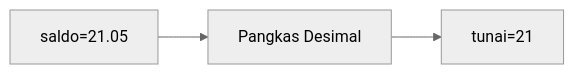
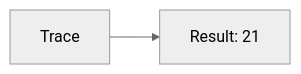
One commit to amnahwaida/OSNK_INF_PREP changed diagram 18 of 25 in part-c-pemahaman-cpp/01-tipe-data/latihan/set-12.md. Above: the diagram before and after it, drawn with Mermaid (neutral theme). The commit also changed other lines of this file and 71 other files, not shown here.

````diff
--- a/part-c-pemahaman-cpp/01-tipe-data/latihan/set-12.md
+++ b/part-c-pemahaman-cpp/01-tipe-data/latihan/set-12.md
@@ -477,5 +379,4 @@
 ```mermaid
 graph LR
-A["saldo=21.05"] --> B["Pangkas Desimal"]
-B --> C["tunai=21"]
+A[Trace] --> B[Result: 21]
 ```
````
